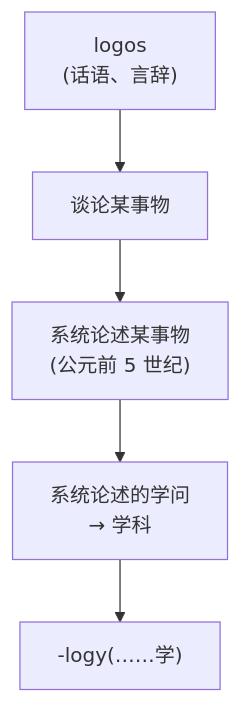
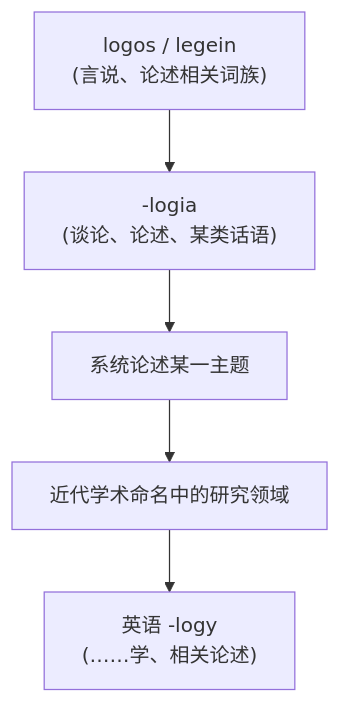
Before and after one commit to swiftczz/roots-affixes-book: the first of 3 diagrams in 03-希腊之光/第18章-学科的词根：-logy, -graphy, -metry的由来.md, drawn with Mermaid. The commit also changed other lines of this file and 17 other files, not shown here.

````diff
--- a/03-希腊之光/第18章-学科的词根：-logy, -graphy, -metry的由来.md
+++ b/03-希腊之光/第18章-学科的词根：-logy, -graphy, -metry的由来.md
@@ -47,7 +47,7 @@
 ```mermaid
 flowchart TD
-    A["logos<br/>(话语、言辞)"] --> B["谈论某事物"]
-    B --> C["系统论述某事物<br/>(公元前 5 世纪)"]
-    C --> D["系统论述的学问<br/>→ 学科"]
-    D --> E["-logy(……学)"]
+    A["logos / legein<br/>(言说、论述相关词族)"] --> B["-logia<br/>(谈论、论述、某类话语)"]
+    B --> C["系统论述某一主题"]
+    C --> D["近代学术命名中的研究领域"]
+    D --> E["英语 -logy<br/>(……学、相关论述)"]
 ```
````
